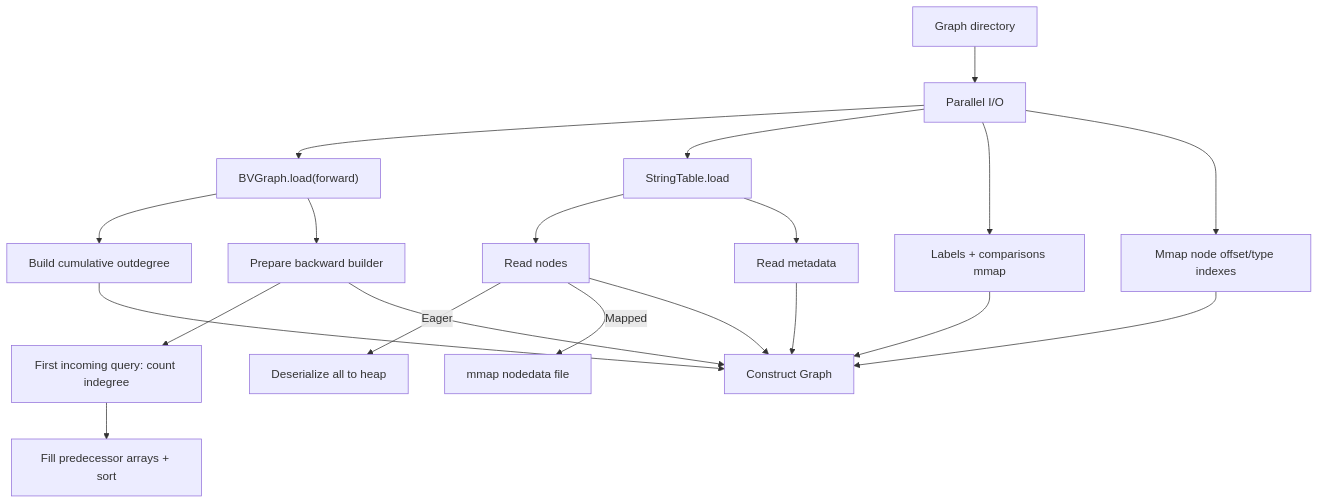
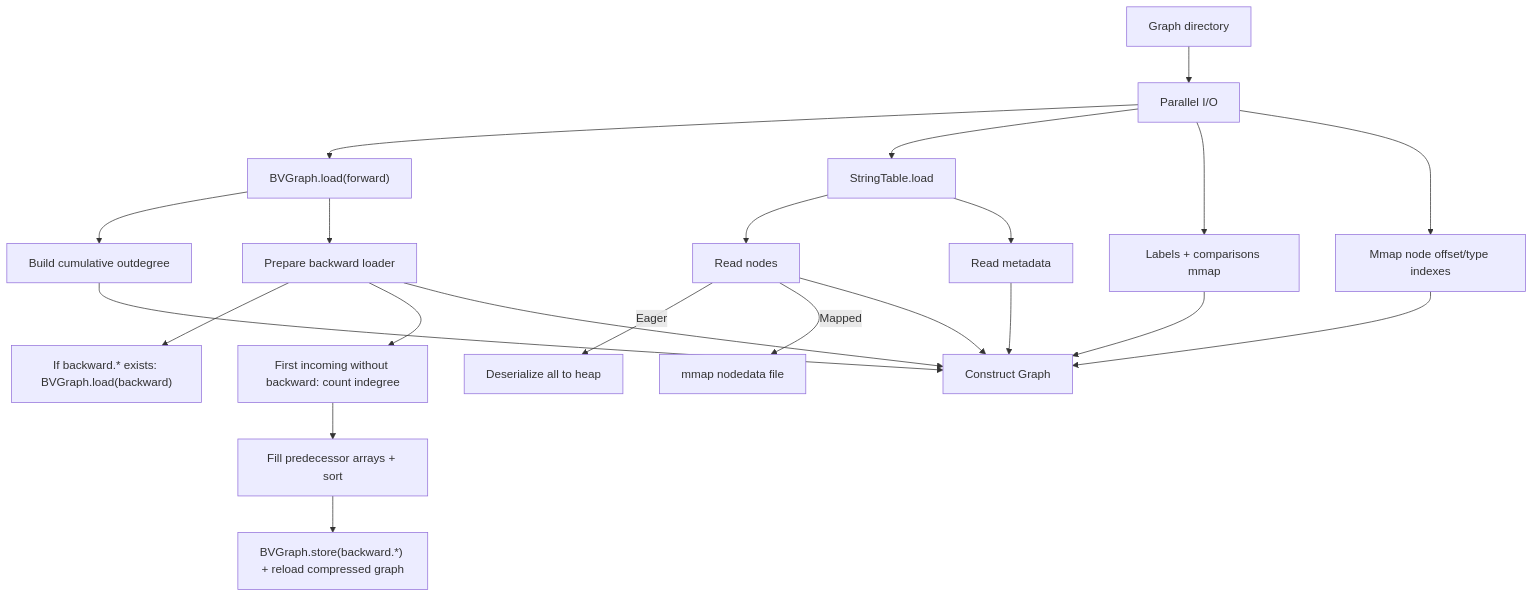
The second of 2 diagrams in docs/webgraph-storage.md (johnsonlee/graphite), drawn with Mermaid before and after one commit. The commit also changed other lines of this file and 4 other files, not shown here.

Commit message:
Compress lazy backward graph

````diff
--- a/docs/webgraph-storage.md
+++ b/docs/webgraph-storage.md
@@ -84,17 +88,19 @@
 ```mermaid
 graph TD
     A[Graph directory] --> B[Parallel I/O]
     B --> B1["BVGraph.load(forward)"]
     B --> B2[StringTable.load]
     B --> B3[Labels + comparisons mmap]
     B --> B4[Mmap node offset/type indexes]
     B1 --> C[Build cumulative outdegree]
-    B1 --> D[Prepare backward builder]
-    D --> D1[First incoming query: count indegree]
-    D1 --> D2[Fill predecessor arrays + sort]
+    B1 --> D[Prepare backward loader]
+    D --> D1["If backward.* exists: BVGraph.load(backward)"]
+    D --> D2[First incoming without backward: count indegree]
+    D2 --> D3[Fill predecessor arrays + sort]
+    D3 --> D4["BVGraph.store(backward.*) + reload compressed graph"]
     B2 --> E[Read nodes]
     E -->|Eager| E1[Deserialize all to heap]
     E -->|Mapped| E2[mmap nodedata file]
     B2 --> F[Read metadata]
 C & D & B3 & B4 & E & F --> G[Construct Graph]
 ```
````
